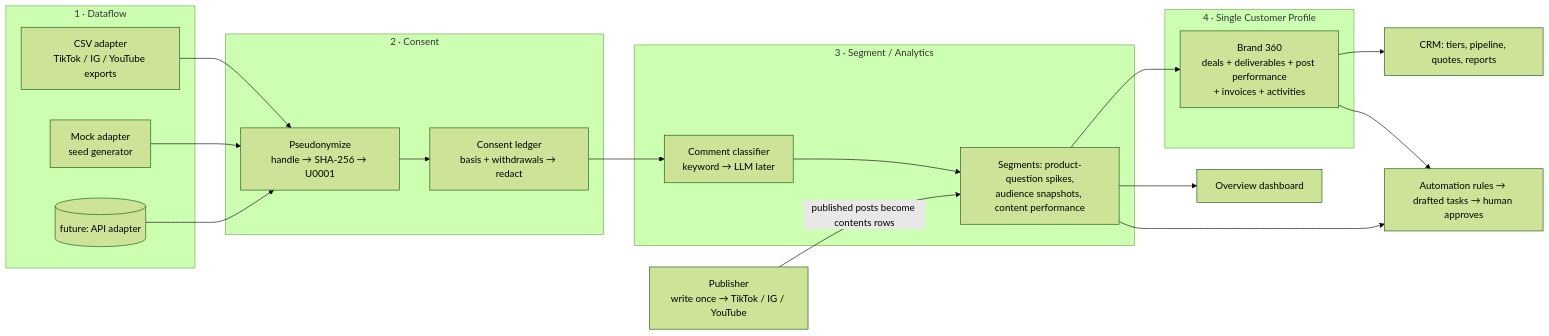
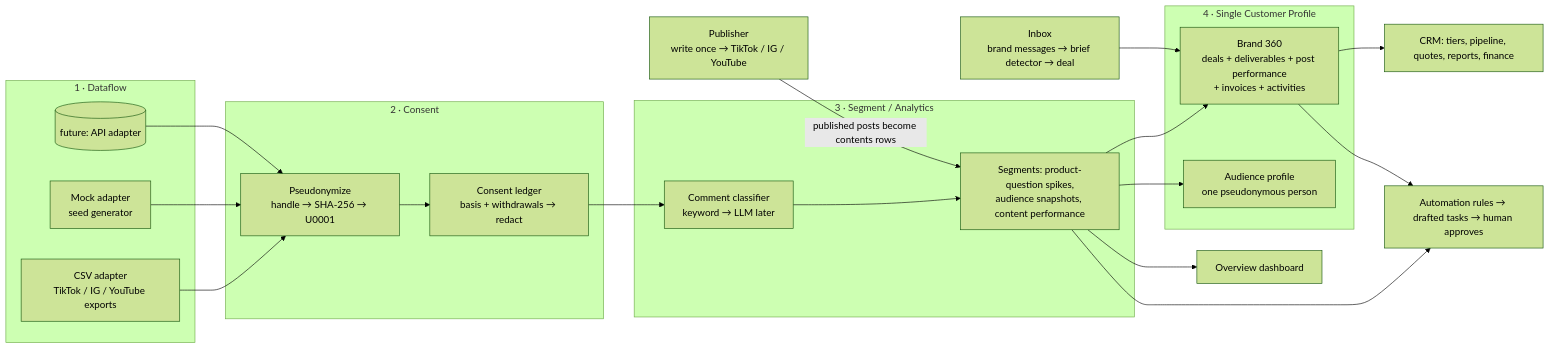
The first of 2 diagrams in README.md (natdanice/Creator-OS), drawn with Mermaid (forest theme) before and after one commit. The commit also changed other lines of this file and 38 other files, not shown here.

First line of the commit message:
Inbox, Audience, Finance and Ask AI pages replace the placeholders

````diff
--- a/README.md
+++ b/README.md
@@ -43,24 +43,27 @@
 ```mermaid
 flowchart LR
   subgraph S1["1 · Dataflow"]
     A1[CSV adapter<br/>TikTok / IG / YouTube exports]
     A2[Mock adapter<br/>seed generator]
     A3[(future: API adapter)]
   end
   subgraph S2["2 · Consent"]
     P[Pseudonymize<br/>handle → SHA-256 → U0001]
     C[Consent ledger<br/>basis + withdrawals → redact]
   end
   subgraph S3["3 · Segment / Analytics"]
     K[Comment classifier<br/>keyword → LLM later]
     G[Segments: product-question spikes,<br/>audience snapshots, content performance]
   end
   subgraph S4["4 · Single Customer Profile"]
     B[Brand 360<br/>deals + deliverables + post performance<br/>+ invoices + activities]
+    AP[Audience profile<br/>one pseudonymous person]
   end
   A1 & A2 & A3 --> P --> C --> K --> G --> B
   G --> O[Overview dashboard]
   PB[Publisher<br/>write once → TikTok / IG / YouTube] -- "published posts become contents rows" --> G
-  B --> R[CRM: tiers, pipeline, quotes, reports]
+  G --> AP
+  B --> R[CRM: tiers, pipeline, quotes, reports, finance]
+  I[Inbox<br/>brand messages → brief detector → deal] --> B
   G & B --> X[Automation rules → drafted tasks → human approves]
 ```
````
